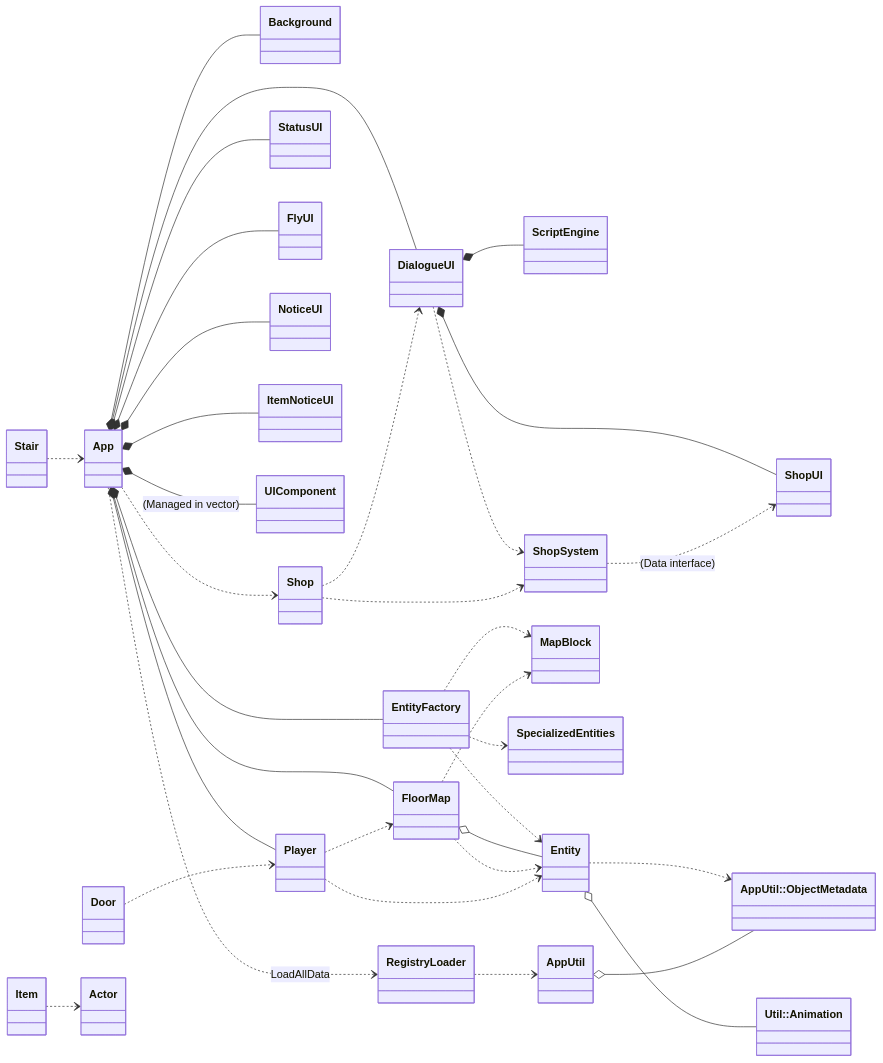
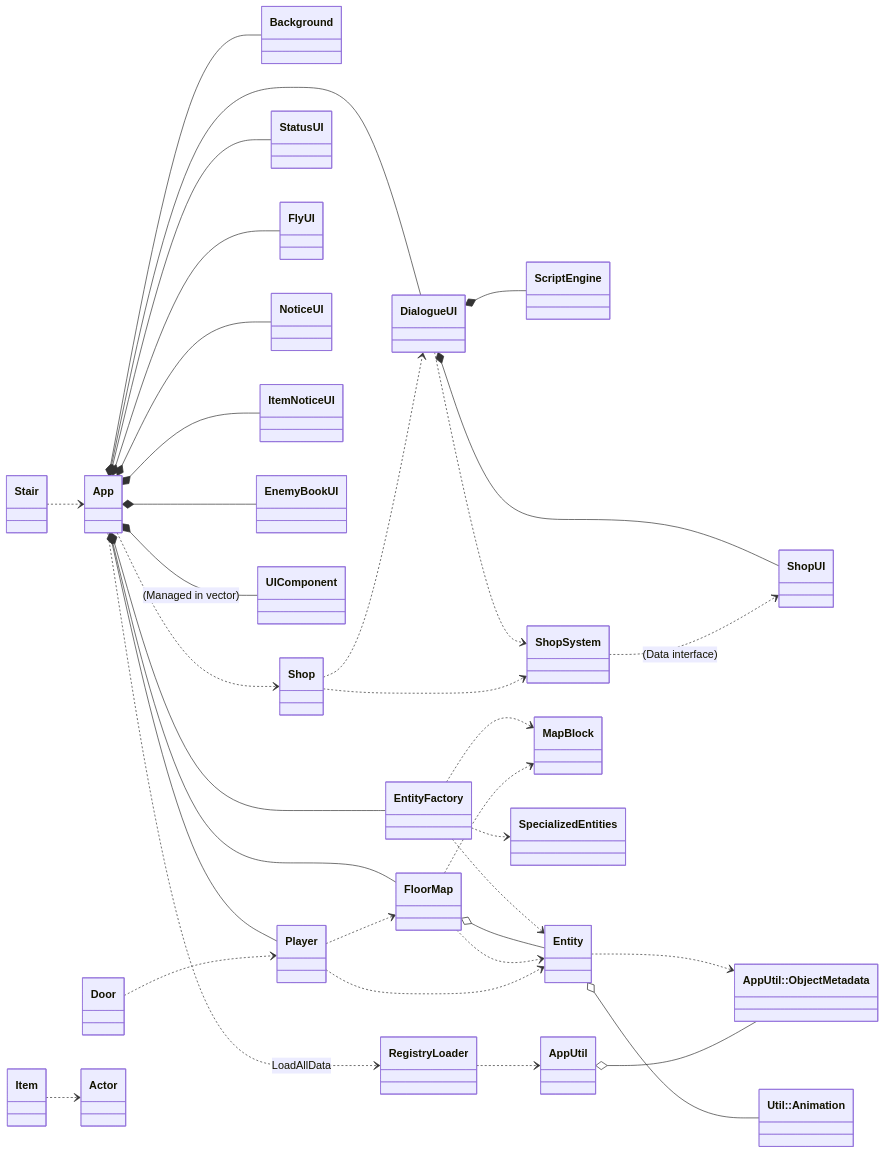
The fourth of 4 diagrams in Constructure.md (XWJWPIY/schoolwork_recreate_magic_tower), drawn with Mermaid before and after one commit. The commit also changed other lines of this file and 13 other files, not shown here.

Commit message:
add: complete UI design and implementation for EnemyBookUI

````diff
--- a/Constructure.md
+++ b/Constructure.md
@@ -459,45 +479,46 @@
 ```mermaid
 classDiagram
     direction LR
     class Animation["Util::Animation"]
     class ObjectMetadata["AppUtil::ObjectMetadata"]
 
     App ..> RegistryLoader : LoadAllData
     App *-- Background
     App *-- FloorMap
     App *-- Player
     App *-- StatusUI
     App *-- FlyUI
     App *-- NoticeUI
     App *-- ItemNoticeUI
     App *-- DialogueUI
+    App *-- EnemyBookUI
     App *-- UIComponent : (Managed in vector)
     App *-- EntityFactory
     App ..> Shop
     DialogueUI *-- ScriptEngine
     DialogueUI *-- ShopUI
     DialogueUI ..> ShopSystem
     ShopSystem ..> ShopUI : (Data interface)
     Shop ..> ShopSystem
 
     EntityFactory ..> Entity
     EntityFactory ..> MapBlock
     EntityFactory ..> SpecializedEntities
 
     FloorMap o-- Entity
     FloorMap ..> MapBlock
     FloorMap ..> Entity
 
     Entity o-- Animation
     Entity ..> ObjectMetadata
 
     Player ..> FloorMap
     Player ..> Entity
     Shop ..> DialogueUI
     Door ..> Player
     Item ..> Actor
     Stair ..> App
 
     RegistryLoader ..> AppUtil
     AppUtil o-- ObjectMetadata
 ```
````
